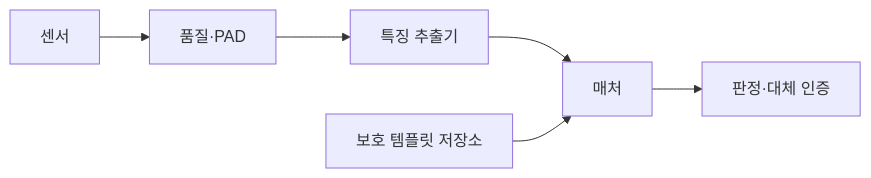
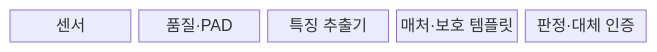
Before and after one commit to agnusdei1207/knowledge-base: the first of 2 diagrams in src/content/docs/notes/05-security/070_biometric.md, drawn with Mermaid. The commit also changed other lines of this file and 7 other files, not shown here.

````diff
--- a/src/content/docs/notes/05-security/070_biometric.md
+++ b/src/content/docs/notes/05-security/070_biometric.md
@@ -61,8 +60,9 @@
 ```mermaid
-flowchart LR
-    A[센서] --> B[품질·PAD]
-    B --> C[특징 추출기]
-    C --> D[매처]
-    E[보호 템플릿 저장소] --> D
-    D --> F[판정·대체 인증]
+block-beta
+  columns 5
+  A["센서"]
+  B["품질·PAD"]
+  C["특징 추출기"]
+  D["매처·보호 템플릿"]
+  E["판정·대체 인증"]
 ```
````
